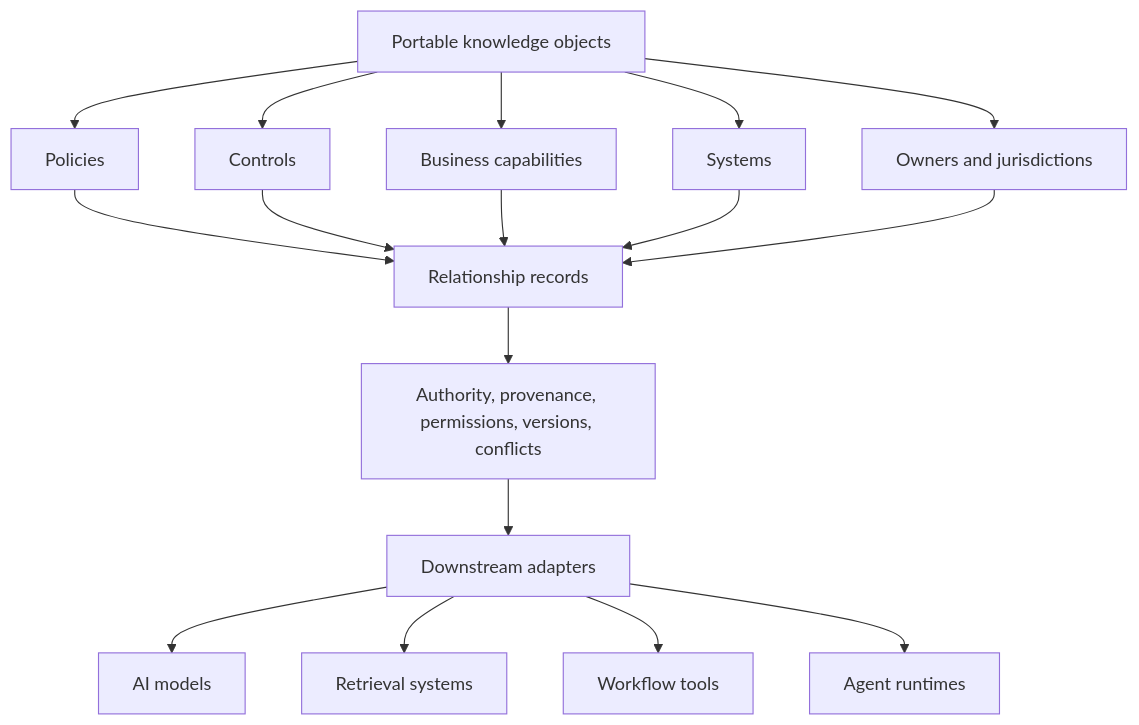
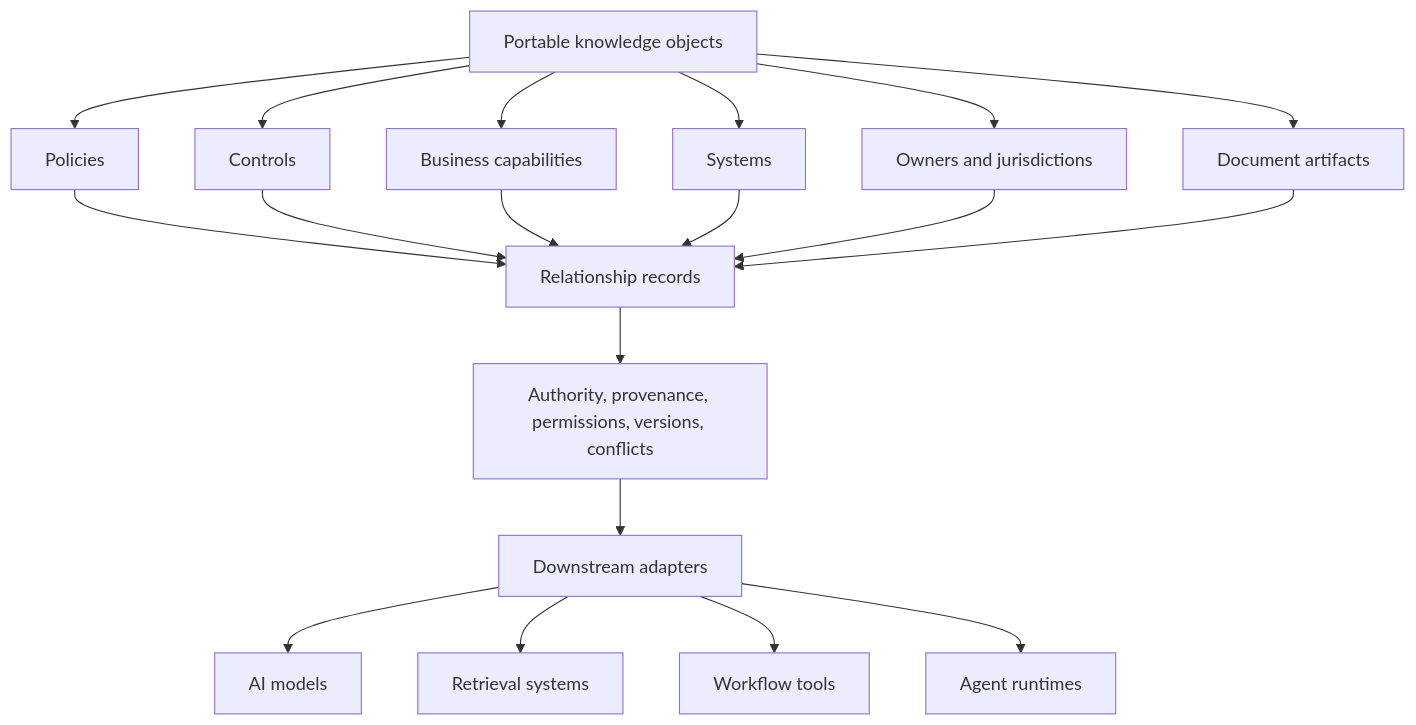
Before and after one commit to bkkaufman/enterprise-knowledge-portability: the diagram in README.md, drawn with Mermaid. The commit also changed other lines of this file and 15 other files, not shown here.

````diff
--- a/README.md
+++ b/README.md
@@ -42,19 +46,21 @@
 ```mermaid
 flowchart TD
   A[Portable knowledge objects] --> B[Policies]
   A --> C[Controls]
   A --> D[Business capabilities]
   A --> E[Systems]
   A --> F[Owners and jurisdictions]
+  A --> N[Document artifacts]
   B --> G[Relationship records]
   C --> G
   D --> G
   E --> G
   F --> G
+  N --> G
   G --> H[Authority, provenance, permissions, versions, conflicts]
   H --> I[Downstream adapters]
   I --> J[AI models]
   I --> K[Retrieval systems]
   I --> L[Workflow tools]
   I --> M[Agent runtimes]
 ```
````
